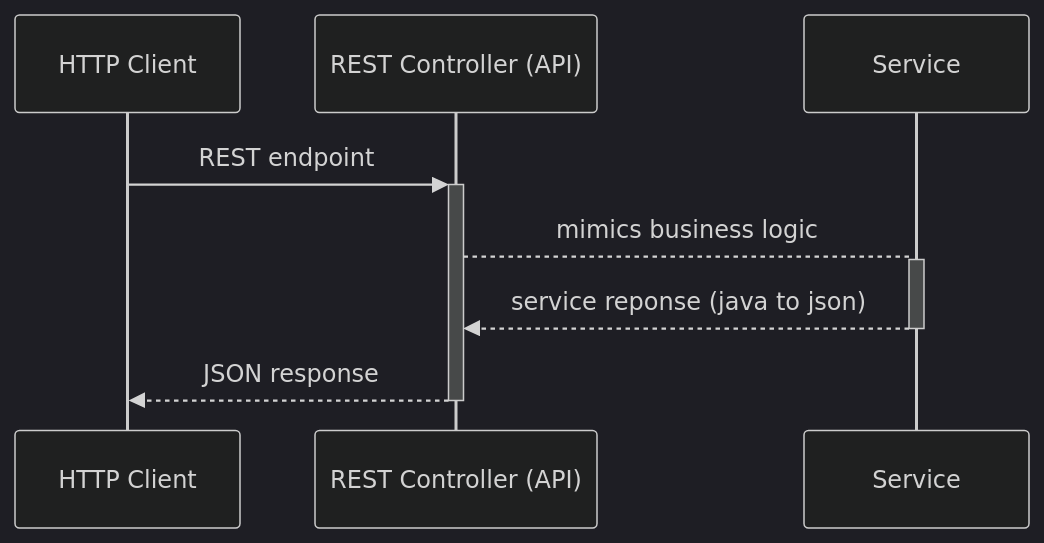
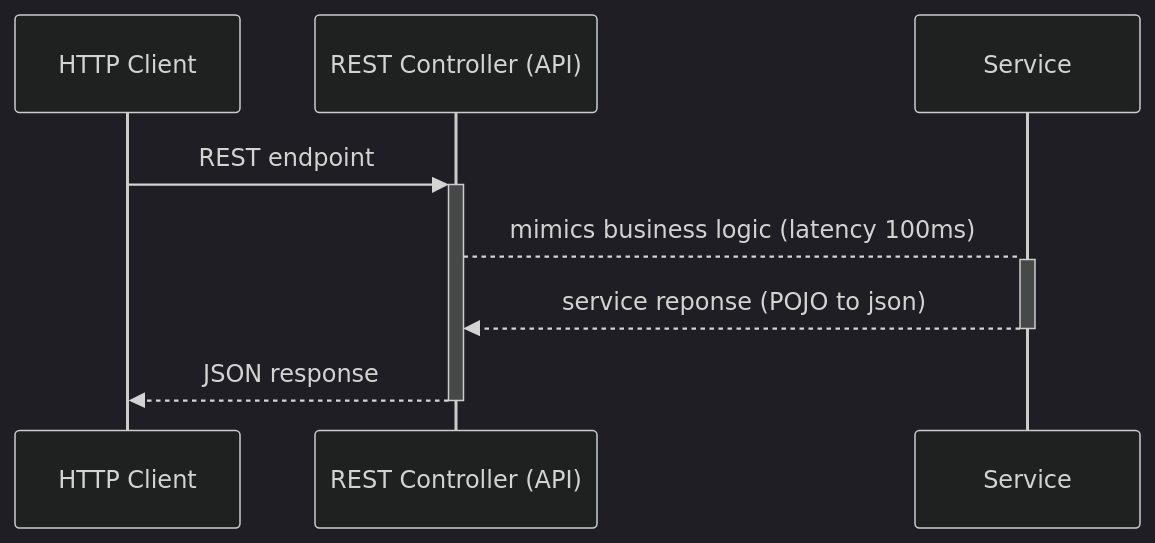
Before and after one commit to java-microservices-benchmark/benchmark-guidelines: the diagram in README.md, drawn with Mermaid (dark theme).

````diff
--- a/README.md
+++ b/README.md
@@ -9,7 +9,7 @@
  ```mermaid
  sequenceDiagram
     HTTP Client->>+REST Controller (API): REST endpoint
-    REST Controller (API)-->+Service: mimics business logic
-    Service-->>-REST Controller (API): service reponse (java to json)
+    REST Controller (API)-->+Service: mimics business logic (latency 100ms)
+    Service-->>-REST Controller (API): service reponse (POJO to json)
     REST Controller (API)-->>-HTTP Client: JSON response
  ```
````
